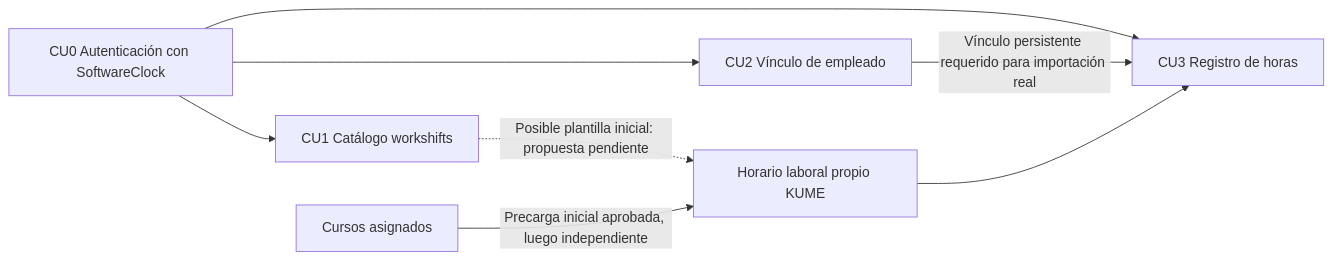
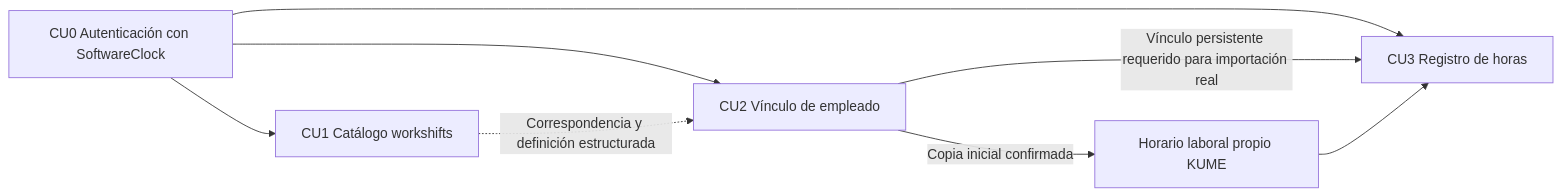
One commit to maxifarkuso/kume-admin-docs changed the diagram in docs/functional/softwareclock/README.md. Above: the diagram before and after it, drawn with Mermaid. The commit also changed other lines of this file and 24 other files, not shown here.

````diff
--- a/docs/functional/softwareclock/README.md
+++ b/docs/functional/softwareclock/README.md
@@ -16,10 +16,10 @@
 ```mermaid
 flowchart LR
     AUTH[CU0 Autenticación con SoftwareClock] --> CU1[CU1 Catálogo workshifts]
     AUTH --> CU2[CU2 Vínculo de empleado]
     AUTH --> CU3[CU3 Registro de horas]
     CU2 -->|Vínculo persistente requerido para importación real| CU3
-    CU1 -.->|Posible plantilla inicial: propuesta pendiente| LOCAL[Horario laboral propio KUME]
-    COURSES[Cursos asignados] -->|Precarga inicial aprobada, luego independiente| LOCAL
+    CU1 -.->|Correspondencia y definición estructurada| CU2
+    CU2 -->|Copia inicial confirmada| LOCAL[Horario laboral propio KUME]
     LOCAL --> CU3
 ```
````
